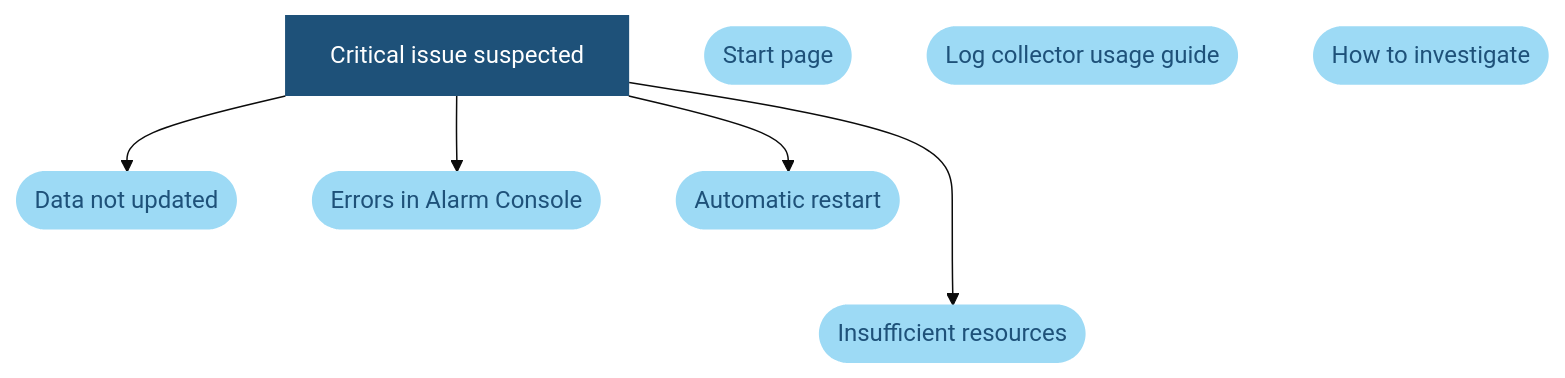
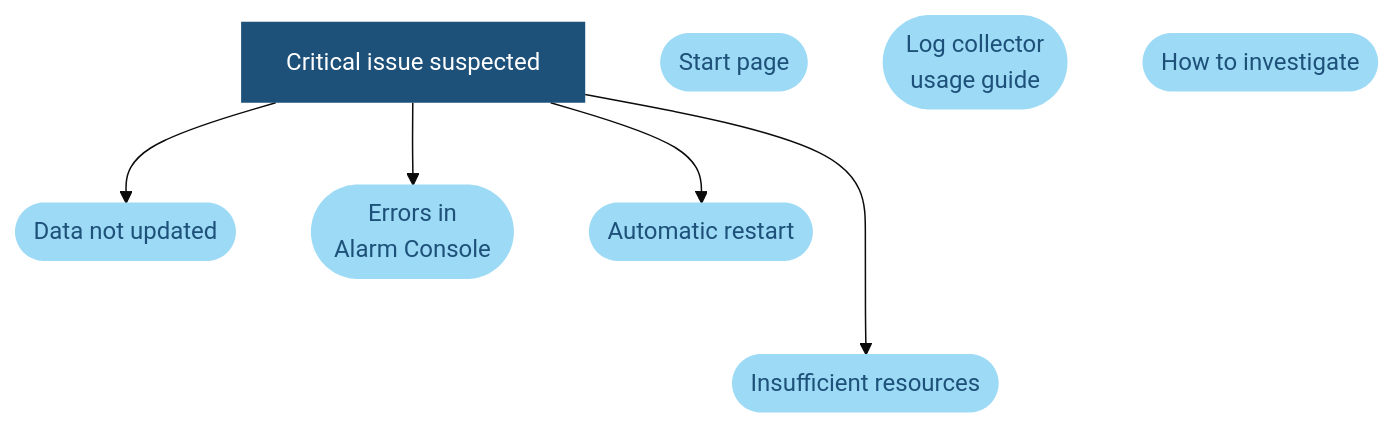
The diagram in user-guide/Troubleshooting/Troubleshooting_Flowcharts/Troubleshooting_Critical_Issues/Troubleshooting_Critical_Issues_Overview.md (SkylineCommunications/dataminer-docs), drawn with Mermaid (base theme) before and after one commit. The commit also changed 4 other files, not shown here.

Commit message:
Critical issues - Alarm Console

```diff
--- a/user-guide/Troubleshooting/Troubleshooting_Flowcharts/Troubleshooting_Critical_Issues/Troubleshooting_Critical_Issues_Overview.md
+++ b/user-guide/Troubleshooting/Troubleshooting_Flowcharts/Troubleshooting_Critical_Issues/Troubleshooting_Critical_Issues_Overview.md
@@ -7,37 +7,37 @@
 <div class="mermaid">
 graph TD
 %% Define styles %%
 classDef LightBlue fill:#9DDAF5,stroke:#000070,stroke-width:0px, color:#1E5179;
 classDef Blue fill:#4BAEEA,stroke:#000070,stroke-width:0px, color:#FFFFFF;
 classDef DarkBlue fill:#1E5179,stroke:#000070,stroke-width:0px, color:#FFFFFF;
 classDef DarkGray fill:#58595B,stroke:#000070,stroke-width:0px, color:#FFFFFF;
 classDef Gray fill:#999999,stroke:#000070,stroke-width:0px, color:#FFFFFF;
 classDef LightGray fill:#DDDDDD,stroke:#000070,stroke-width:0px, color:#1E5179;
 %% Define blocks %%
 Start[Critical issue suspected]
 Home([Start page])
-SLLogCollector([Log collector usage guide])
+SLLogCollector([Log collector <br> usage guide])
 Investigation([How to investigate])
 DataNotUpdated([Data not updated])
-ErrorAlarmConsole([Errors in Alarm Console])
+ErrorAlarmConsole([Errors in <br> Alarm Console])
 Automaticrestart([Automatic restart])
 MachineoutofResources([Insufficient resources])
 %% Connect blocks %%
 Start ---> MachineoutofResources
 Start --> Automaticrestart
 Start --> DataNotUpdated
 Start --> ErrorAlarmConsole
 %% Define hyperlinks %%
 click Home "https://docs.dataminer.services/user-guide/Troubleshooting/Troubleshooting_Flowcharts/Finding_a_Root_Cause.html"
 click SLLogCollector "https://docs.dataminer.services/user-guide/Reference/DataMiner_Tools/SLLogCollector.html"
 click Investigation "https://docs.dataminer.services/user-guide/Troubleshooting/Troubleshooting_Flowcharts/Troubleshooting_Where_to_Start.html"
 click DataNotUpdated "https://docs.dataminer.services/user-guide/Troubleshooting/Troubleshooting_Flowcharts/Troubleshooting_Critical_Issues/Troubleshooting_Critical_Issues_Data_Not_Updated.html" "Data Not Updated"
 click Automaticrestart "https://docs.dataminer.services/user-guide/Troubleshooting/Troubleshooting_Flowcharts/Troubleshooting_Critical_Issues/Troubleshooting_Critical_Issues_Atomatic_Restart.html" "Automatic Restart"
 click ErrorAlarmConsole "https://docs.dataminer.services/user-guide/Troubleshooting/Troubleshooting_Flowcharts/Troubleshooting_Critical_Issues/Troubleshooting_Critical_Issues_Alarm_Console.html" "Errors In Alarm Console"
 click MachineoutofResources "https://docs.dataminer.services/user-guide/Troubleshooting/Troubleshooting_Flowcharts/Troubleshooting_Critical_Issues/Troubleshooting_Critical_Issues_Resources.html" "Machine Out Of Resources"
 %% Apply styles to blocks %%
 class Start DarkBlue;
 class CheckWatchdog classDecision;
 class Automaticrestart,MachineoutofResources,DataNotUpdated,ErrorAlarmConsole, LightBlue;
 class Home,SLLogCollector,Investigation LightBlue;
 </div>
```
